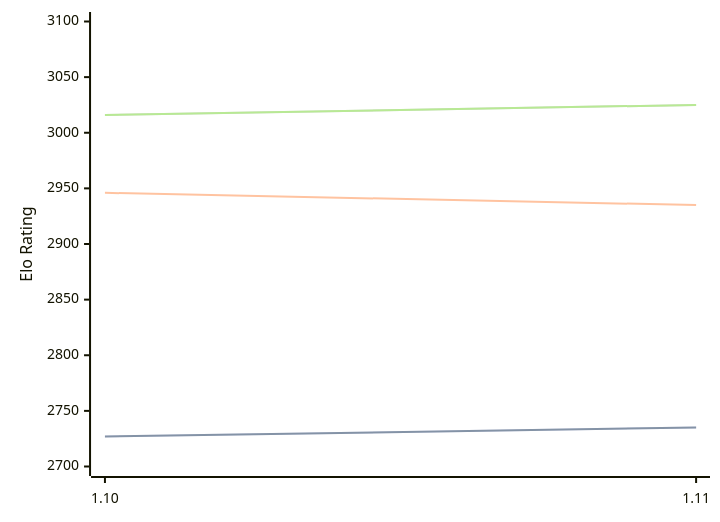
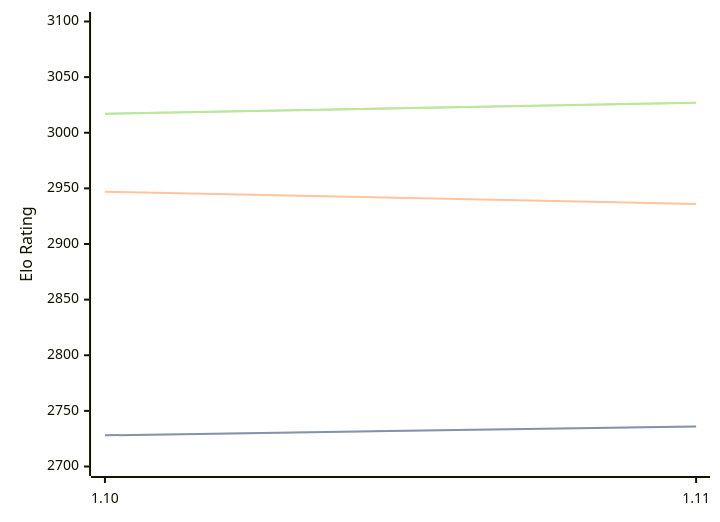
The diagram in engines/Roc.md (computer-chess-index/cci), drawn with Mermaid before and after one commit. The commit also changed other lines of this file, not shown here.

Commit message:
Update CCI Ratings (ELO VLTC) - 2026-07-24

````diff
--- a/engines/Roc.md
+++ b/engines/Roc.md
@@ -65,11 +65,11 @@
 ```mermaid
 %%{init: {"theme":"base","themeVariables":{"seriesColors:['#a3a3a3','#222221','#faa371']}}}%%
 xychart-beta
   x-axis ["1.10", "1.11"]
   y-axis "Elo Rating" 2700 --> 3100
-  line "STC (8.0+0.08s)" [2727, 2735]
-  line "STC (8.0+0.08s)" [2727, 2735]
-  line "LTC (60.0+0.60s)" [2946, 2935]
-  line "VLTC (2m24s+1.12s)" [3016, 3025]
-  line "VLTC (2m24s+1.12s)" [3016, 3025]
+  line "STC (8.0+0.08s)" [2728, 2736]
+  line "STC (8.0+0.08s)" [2728, 2736]
+  line "LTC (60.0+0.60s)" [2947, 2936]
+  line "VLTC (2m24s+1.12s)" [3017, 3027]
+  line "VLTC (2m24s+1.12s)" [3017, 3027]
 ```
````
